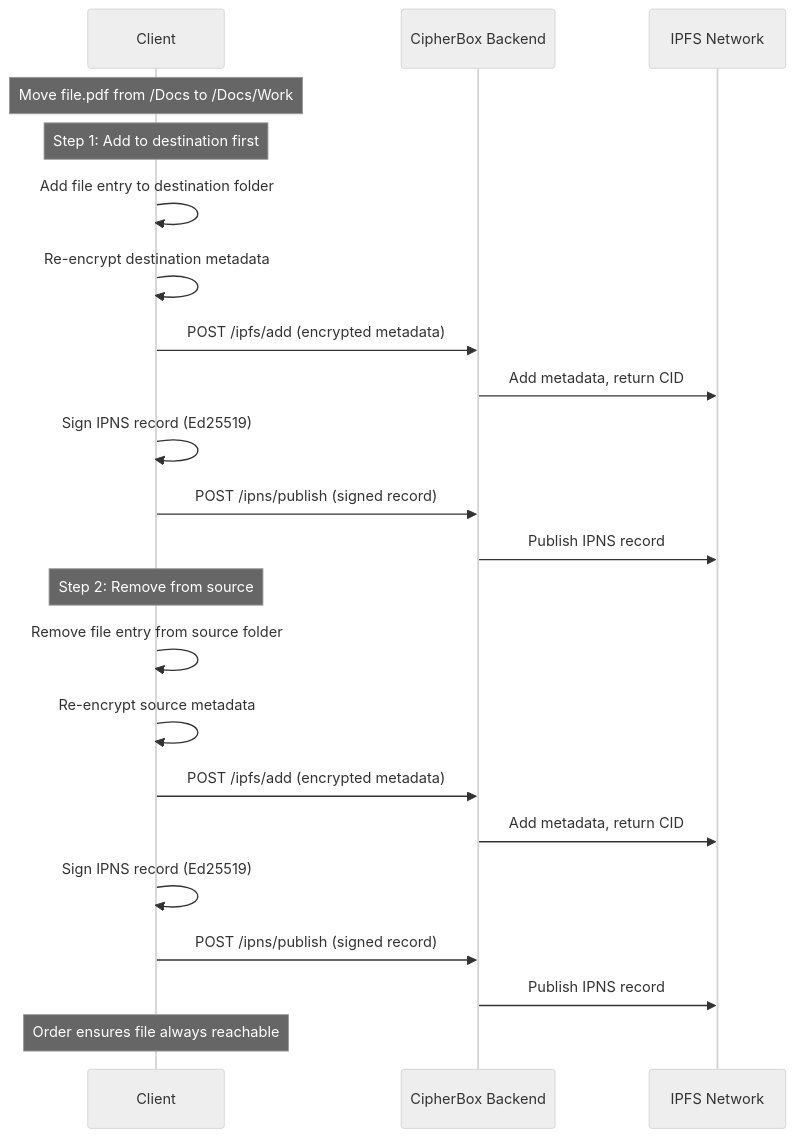
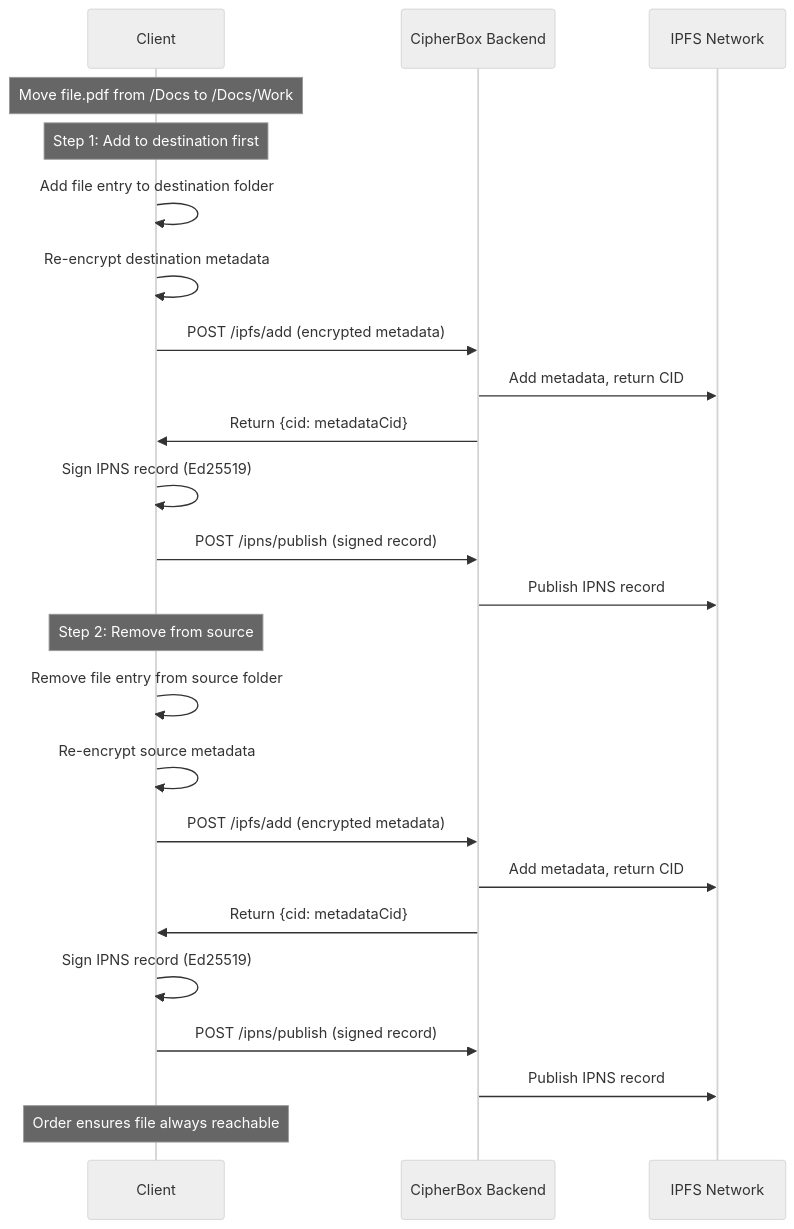
Diagram 11 of 14 in Documentation/DATA_FLOWS.md (FSM1/cipher-box), drawn with Mermaid (neutral theme) before and after one commit. The commit also changed other lines of this file, not shown here.

Commit message:
Add missing return arrows showing CID returned from backend to client after IPFS metadata upload

````diff
--- a/Documentation/DATA_FLOWS.md
+++ b/Documentation/DATA_FLOWS.md
@@ -430,28 +434,30 @@
 ```mermaid
 sequenceDiagram
     participant C as Client
   participant B as CipherBox Backend
   participant IPFS as IPFS Network
     
     Note over C: Move file.pdf from /Docs to /Docs/Work
     
     Note over C: Step 1: Add to destination first
     C->>C: Add file entry to destination folder
     C->>C: Re-encrypt destination metadata
     C->>B: POST /ipfs/add (encrypted metadata)
     B->>IPFS: Add metadata, return CID
+    B->>C: Return {cid: metadataCid}
     C->>C: Sign IPNS record (Ed25519)
     C->>B: POST /ipns/publish (signed record)
     B->>IPFS: Publish IPNS record
     
     Note over C: Step 2: Remove from source
     C->>C: Remove file entry from source folder
     C->>C: Re-encrypt source metadata
     C->>B: POST /ipfs/add (encrypted metadata)
     B->>IPFS: Add metadata, return CID
+    B->>C: Return {cid: metadataCid}
     C->>C: Sign IPNS record (Ed25519)
     C->>B: POST /ipns/publish (signed record)
     B->>IPFS: Publish IPNS record
     
     Note over C: Order ensures file always reachable
 ```
````
